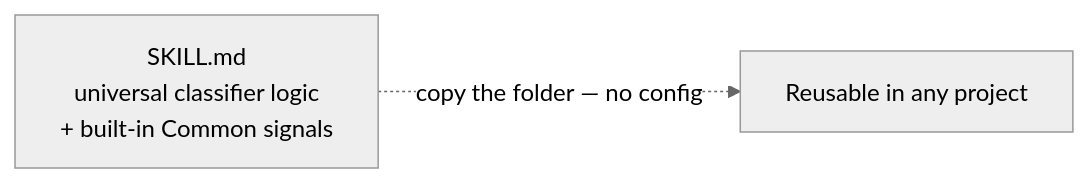
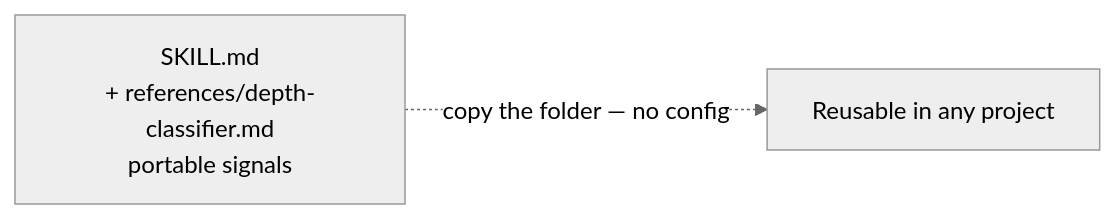
Before and after one commit to minhtran3124/agent-harness: the fourth of 4 diagrams in skills/README.md, drawn with Mermaid (neutral theme). The commit also changed other lines of this file and 30 other files, not shown here.

````diff
--- a/skills/README.md
+++ b/skills/README.md
@@ -315,5 +320,5 @@
 ```mermaid
 graph LR
-    SKILL["SKILL.md<br/>universal classifier logic<br/>+ built-in Common signals"]
+    SKILL["SKILL.md<br/>+ references/depth-classifier.md<br/>portable signals"]
     SKILL -.->|"copy the folder — no config"| NEW["Reusable in any project"]
 ```
````
